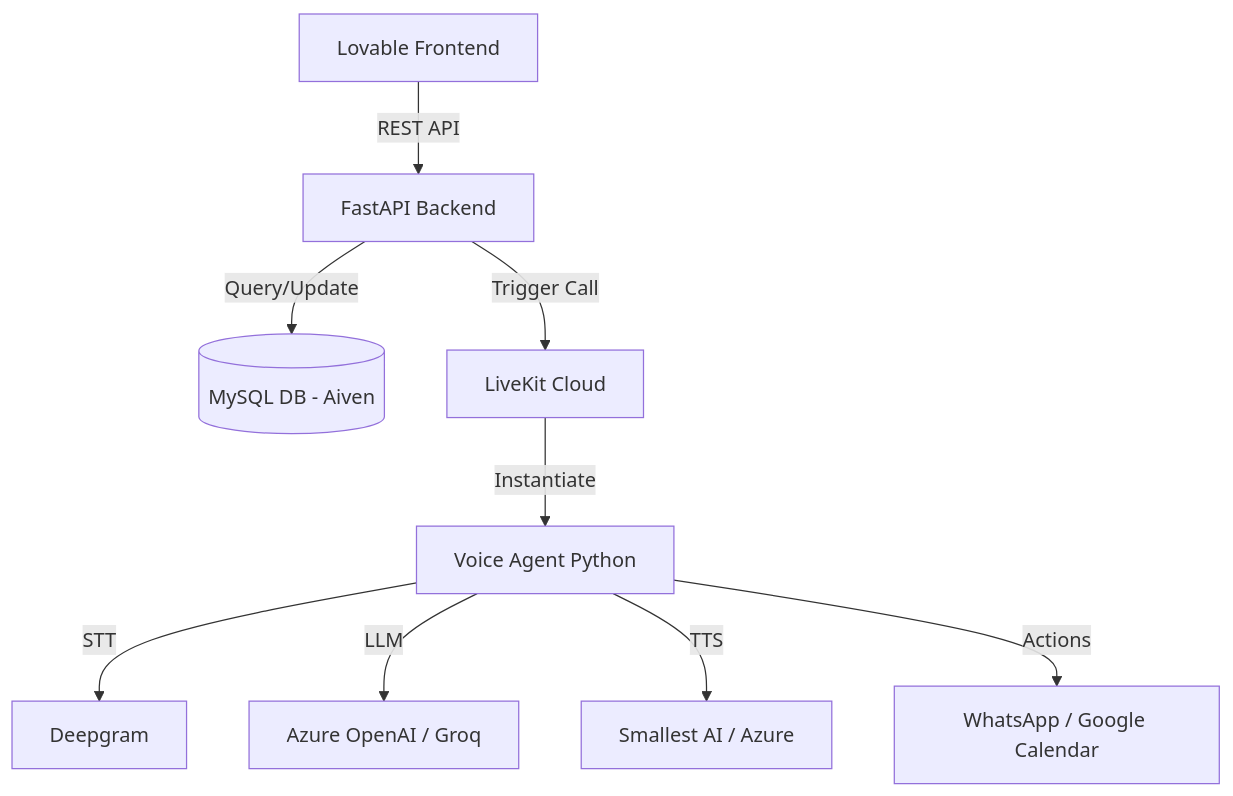
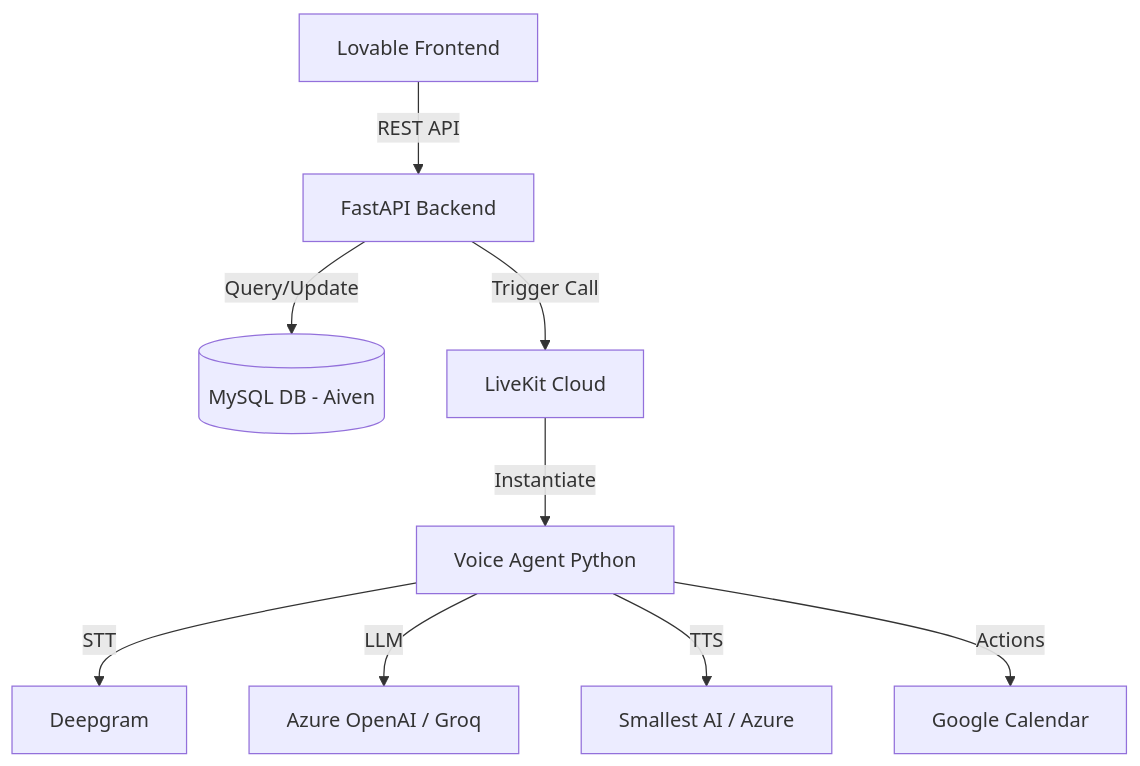
The diagram in KT_Walkthrough.md (Sakshiscode/Hookfish__agent), drawn with Mermaid before and after one commit. The commit also changed other lines of this file and 2 other files, not shown here.

Commit message:
Remove WhatsApp integration from voice agent and documentation

````diff
--- a/KT_Walkthrough.md
+++ b/KT_Walkthrough.md
@@ -17,11 +17,11 @@
 ```mermaid
 graph TD
     A[Lovable Frontend] -->|REST API| B[FastAPI Backend]
     B -->|Query/Update| C[(MySQL DB - Aiven)]
     B -->|Trigger Call| D[LiveKit Cloud]
     D -->|Instantiate| E[Voice Agent Python]
     E -->|STT| F[Deepgram]
     E -->|LLM| G[Azure OpenAI / Groq]
     E -->|TTS| H[Smallest AI / Azure]
-    E -->|Actions| I[WhatsApp / Google Calendar]
+    E -->|Actions| I[Google Calendar]
 ```
````
